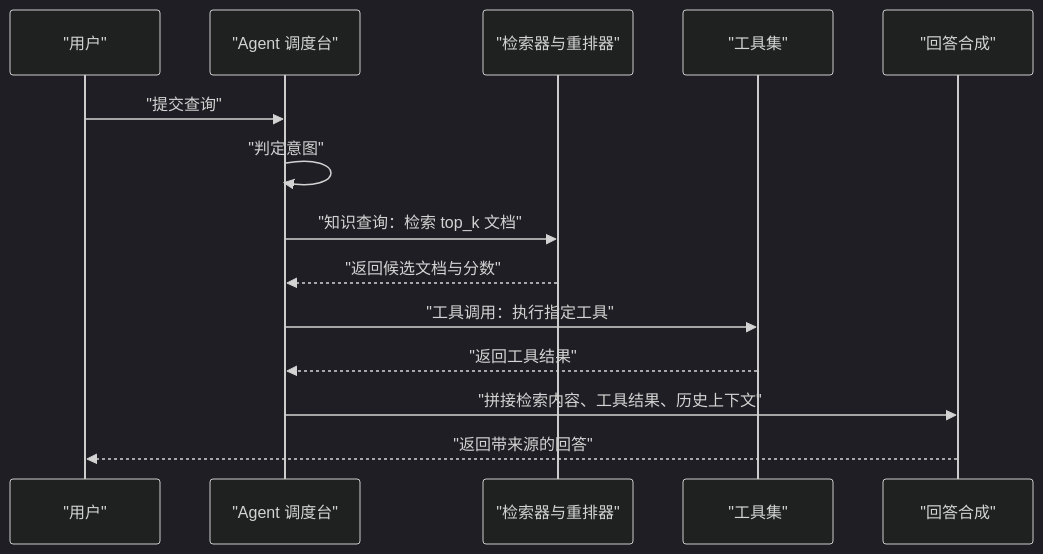
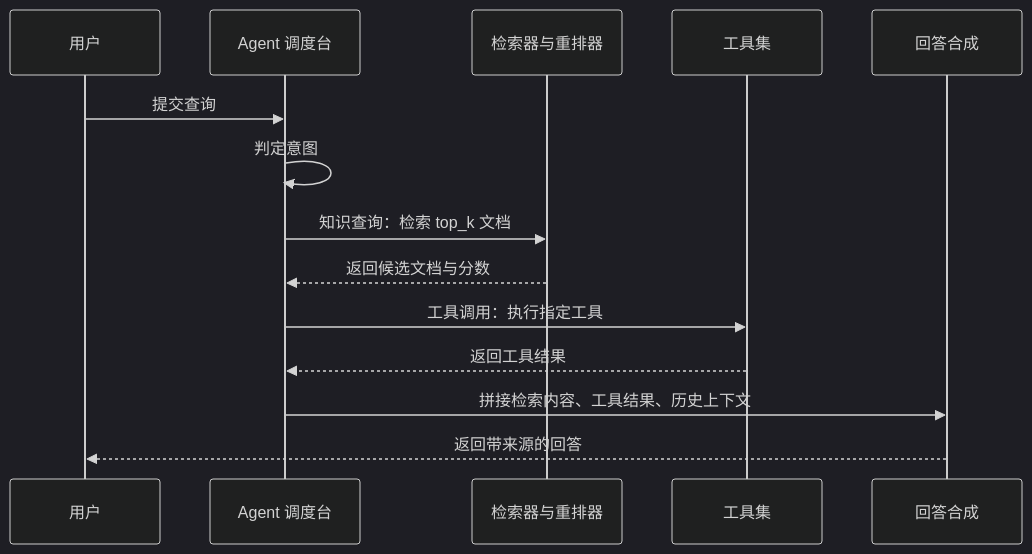
The second of 8 diagrams in docs/agent/applications/rag-agent-advanced.md (Shyu-x/frontend-interview), drawn with Mermaid (dark theme) before and after one commit. The commit also changed other lines of this file and 23 other files, not shown here.

First line of the commit message:
fix(docs): 修复 28 张无法渲染的 Mermaid 图，新增真实解析器校验与 PDF 下载页

````diff
--- a/docs/agent/applications/rag-agent-advanced.md
+++ b/docs/agent/applications/rag-agent-advanced.md
@@ -64,16 +64,16 @@
 ```mermaid
 sequenceDiagram
-    participant U as "用户"
-    participant A as "Agent 调度台"
-    participant R as "检索器与重排器"
-    participant T as "工具集"
-    participant S as "回答合成"
-    U->>A: "提交查询"
-    A->>A: "判定意图"
-    A->>R: "知识查询：检索 top_k 文档"
-    R-->>A: "返回候选文档与分数"
-    A->>T: "工具调用：执行指定工具"
-    T-->>A: "返回工具结果"
-    A->>S: "拼接检索内容、工具结果、历史上下文"
-    S-->>U: "返回带来源的回答"
+    participant U as 用户
+    participant A as Agent 调度台
+    participant R as 检索器与重排器
+    participant T as 工具集
+    participant S as 回答合成
+    U->>A: 提交查询
+    A->>A: 判定意图
+    A->>R: 知识查询：检索 top_k 文档
+    R-->>A: 返回候选文档与分数
+    A->>T: 工具调用：执行指定工具
+    T-->>A: 返回工具结果
+    A->>S: 拼接检索内容、工具结果、历史上下文
+    S-->>U: 返回带来源的回答
 ```
````
